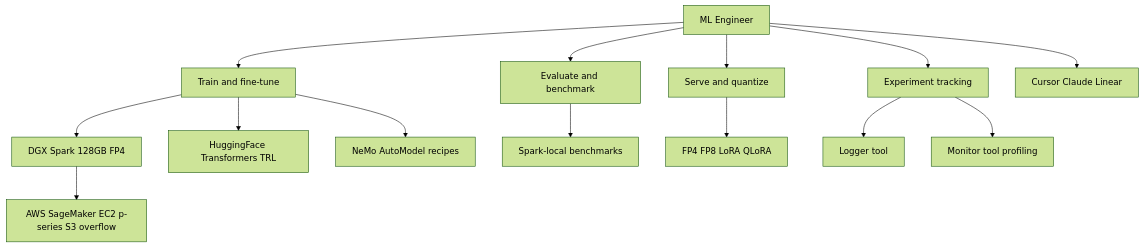
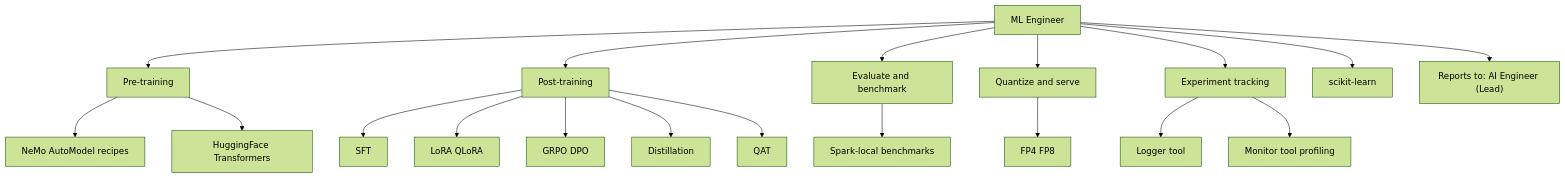
The diagram in .cursor/agents/ml-engineer.md (jxtngx/dgx-lab), drawn with Mermaid (forest theme) before and after one commit. The commit also changed other lines of this file and 12 other files, not shown here.

````diff
--- a/.cursor/agents/ml-engineer.md
+++ b/.cursor/agents/ml-engineer.md
@@ -7,18 +7,24 @@
 ```mermaid
 graph TD
     MLE[ML Engineer]
-    MLE --> Train[Train and fine-tune]
+    MLE --> PreTrain[Pre-training]
+    MLE --> PostTrain[Post-training]
     MLE --> Eval[Evaluate and benchmark]
-    MLE --> Deploy[Serve and quantize]
+    MLE --> Deploy[Quantize and serve]
     MLE --> Track[Experiment tracking]
 
-    Train --> Spark[DGX Spark 128GB FP4]
-    Train --> HF[HuggingFace Transformers TRL]
-    Train --> NeMo[NeMo AutoModel recipes]
+    PreTrain --> NeMo[NeMo AutoModel recipes]
+    PreTrain --> HF[HuggingFace Transformers]
+    MLE --> Sklearn[scikit-learn]
+    PostTrain --> SFT[SFT]
+    PostTrain --> LoRA[LoRA QLoRA]
+    PostTrain --> Align[GRPO DPO]
+    PostTrain --> Distill[Distillation]
+    PostTrain --> QAT[QAT]
     Eval --> Bench[Spark-local benchmarks]
-    Deploy --> Quant[FP4 FP8 LoRA QLoRA]
+    Deploy --> Quant[FP4 FP8]
     Track --> Logger[Logger tool]
     Track --> Monitor[Monitor tool profiling]
-    Spark --> Cloud[AWS SageMaker EC2 p-series S3 overflow]
-    MLE --> Dev[Cursor Claude Linear]
+
+    MLE --> Lead["Reports to: AI Engineer (Lead)"]
 ```
````
